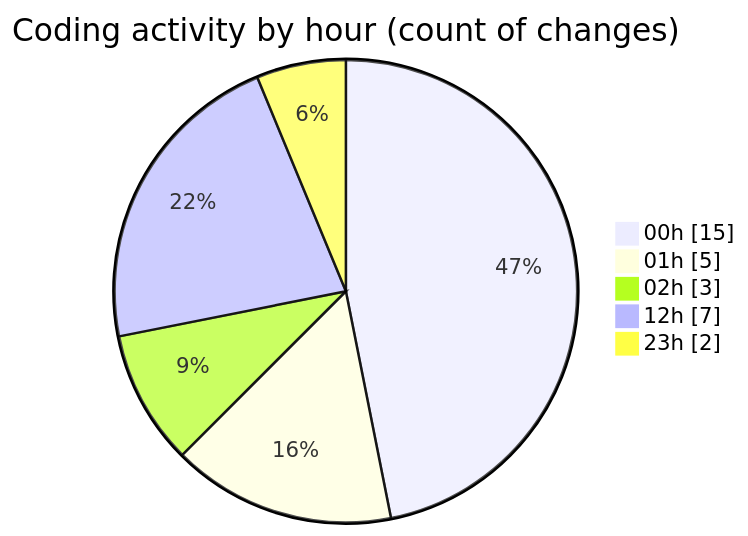
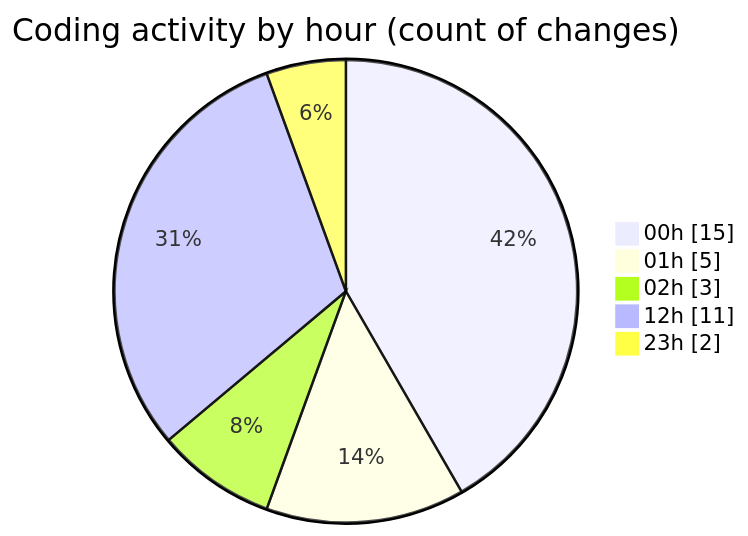
One commit to lephambinh05/code-tracking changed the second of 2 diagrams in 2025-08-13/rentotp/README.md. Above: the diagram before and after it, drawn with Mermaid. The commit also changed other lines of this file and 1 other file, not shown here.

````diff
--- a/2025-08-13/rentotp/README.md
+++ b/2025-08-13/rentotp/README.md
@@ -39,9 +39,9 @@
 ```mermaid
 pie showData
 title Coding activity by hour (count of changes)
 "00h" : 15
 "01h" : 5
 "02h" : 3
-"12h" : 7
+"12h" : 11
 "23h" : 2
 ```
````
